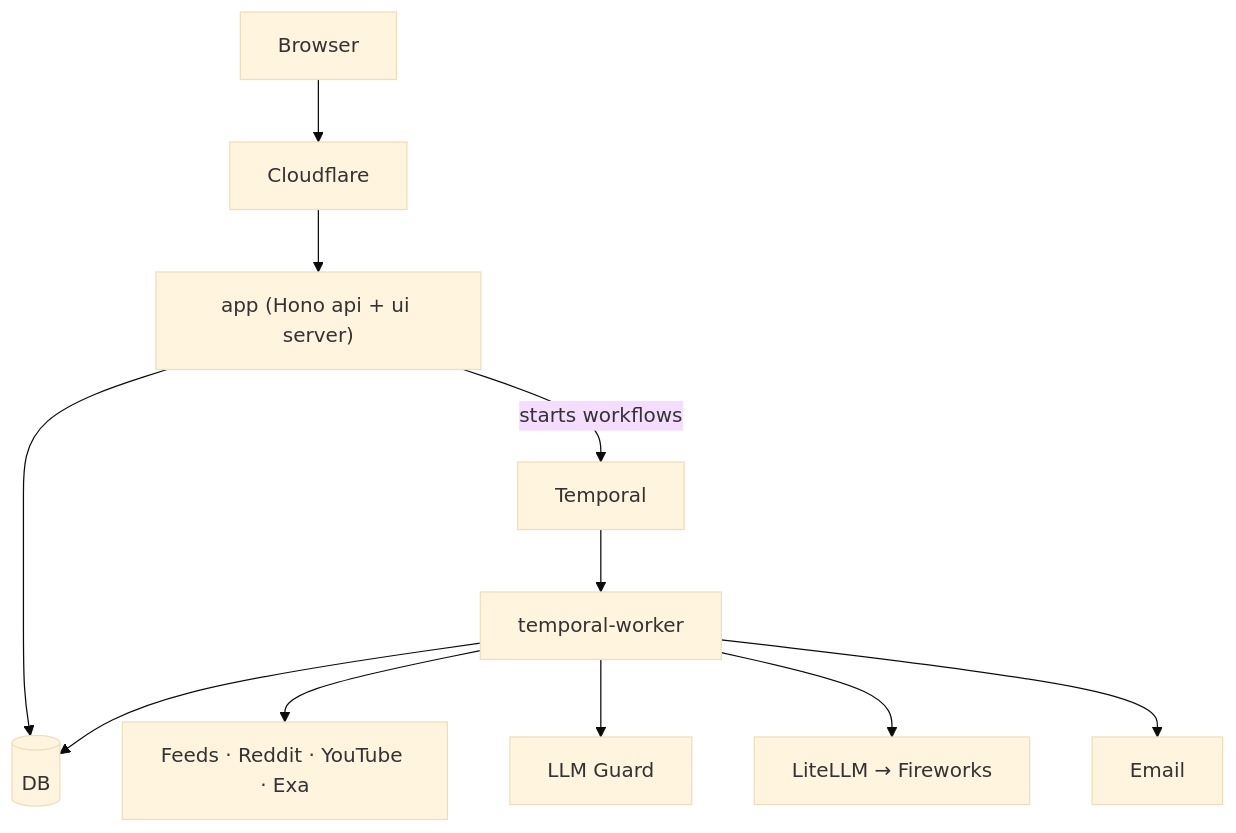
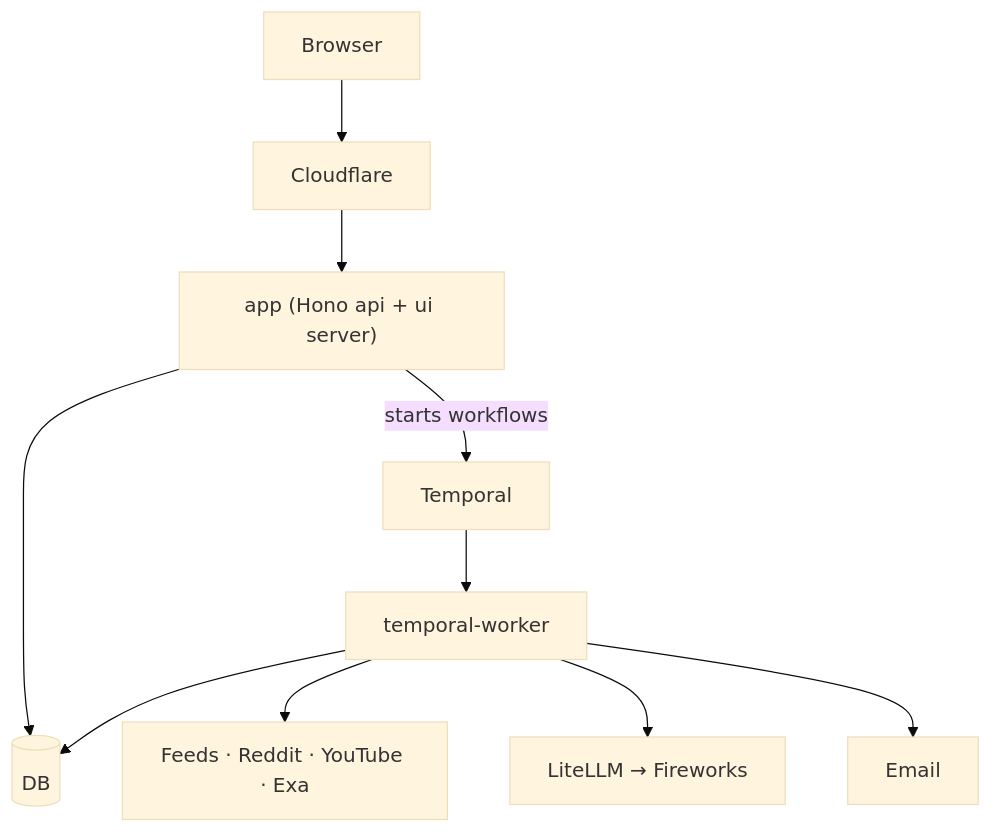
One commit to doubleoevan/carlnotes changed the first of 6 diagrams in README.md. Above: the diagram before and after it, drawn with Mermaid (base theme). The commit also changed other lines of this file and 142 other files, not shown here.

````diff
--- a/README.md
+++ b/README.md
@@ -57,12 +57,11 @@
 ```mermaid
 flowchart
     Browser --> Edge[Cloudflare] --> App["app (Hono api + ui server)"]
     App --> Postgres[(DB)]
     App -->|starts workflows| Temporal
     Temporal --> Worker[temporal-worker]
     Worker --> Sources[Feeds · Reddit · YouTube · Exa]
-    Worker --> Guard[LLM Guard]
     Worker --> LiteLLM[LiteLLM → Fireworks]
     Worker --> Postgres
     Worker --> Resend[Email]
 ```
````
